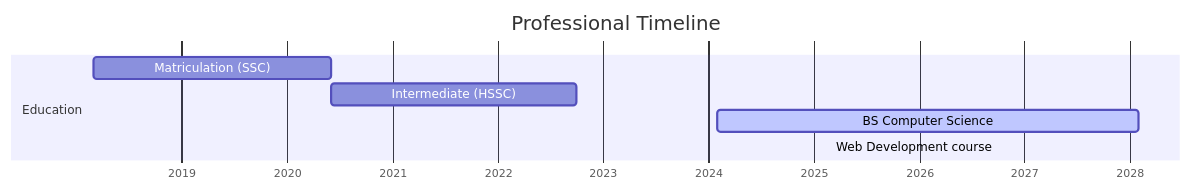
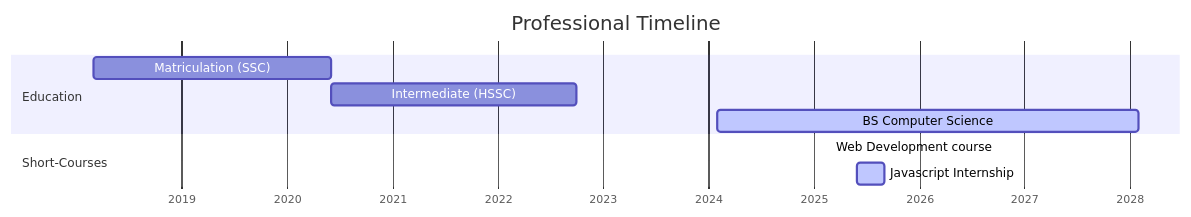
One commit to ahmadubaid061/ahmadubaid061 changed the diagram in README.md. Above: the diagram before and after it, drawn with Mermaid.

Commit message:
Added short courses section to career timeline

````diff
--- a/README.md
+++ b/README.md
@@ -58,13 +58,17 @@
 ```mermaid
 gantt
     title Professional Timeline
     dateFormat  YYYY-MM
     axisFormat %Y
     
     section Education
     Matriculation (SSC) :a1, 2018-03, 2020-06
     Intermediate (HSSC) :a2, after a1, 2022-10
     BS Computer Science :active, a3, 2024-02, 2028-02
+    
+
+    section Short-Courses
     Web Development course :a4, 2025-03,2025-6
+    Javascript Internship  :active, a5,2025-06,2025-09
     
 ```
````
